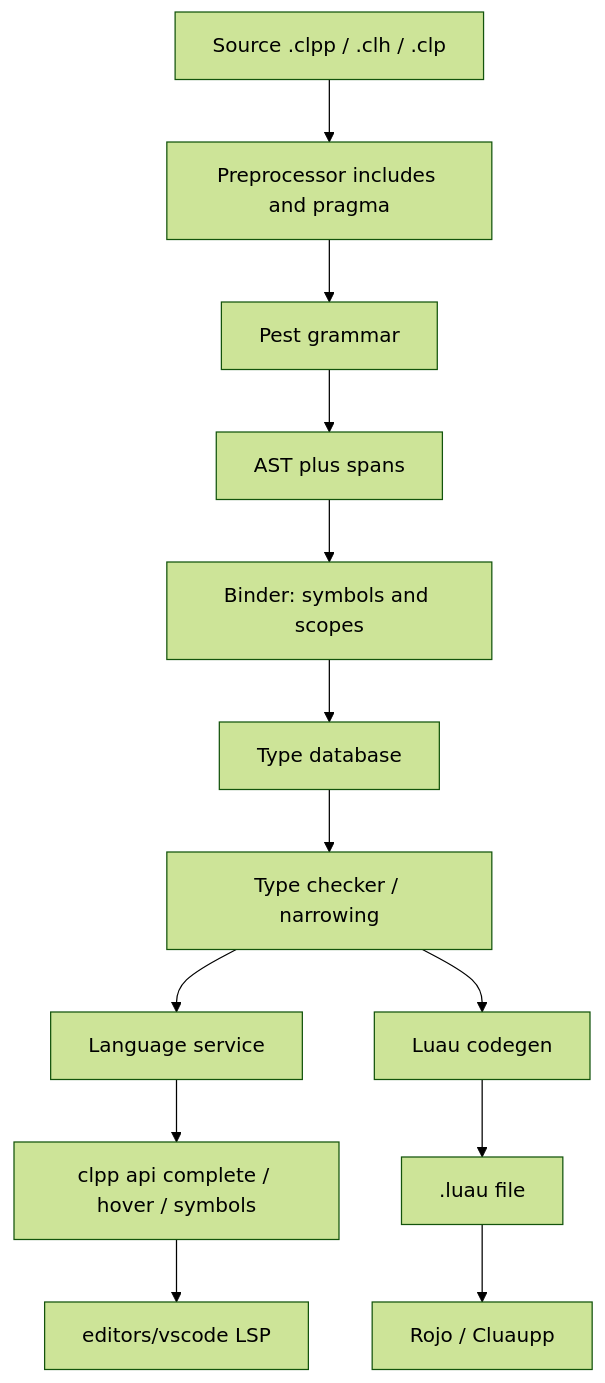
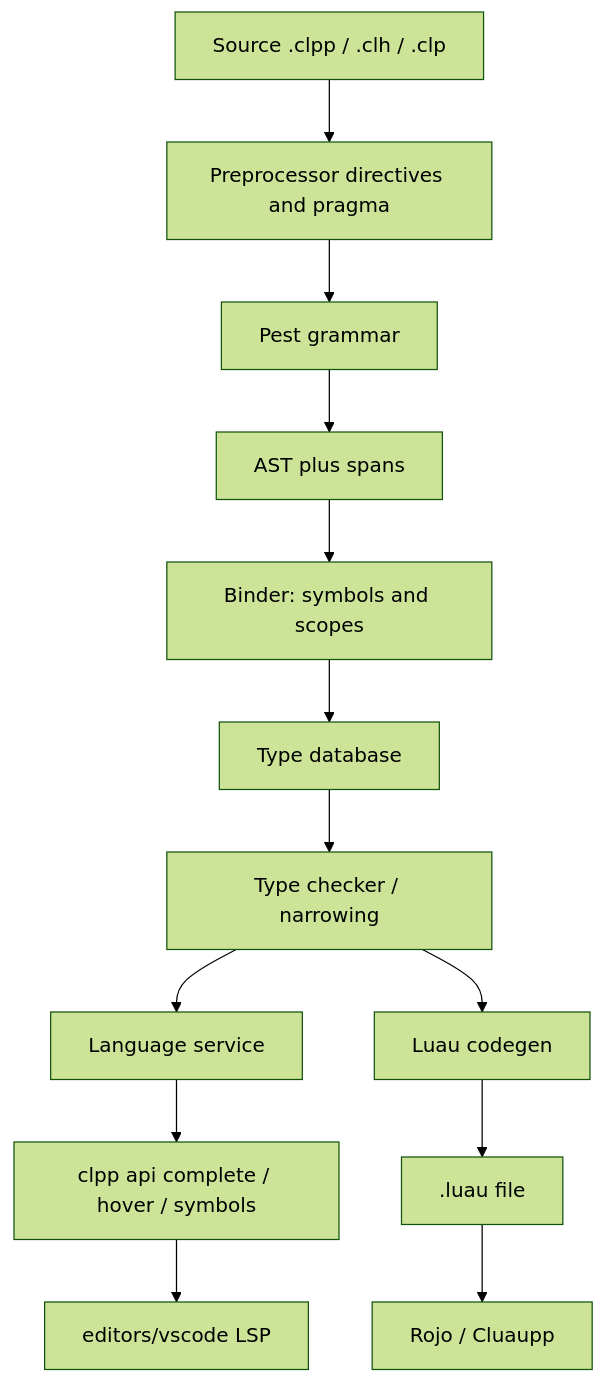
One commit to KartzRbx/CLPP changed the diagram in docs/spec/compiler.md. Above: the diagram before and after it, drawn with Mermaid (forest theme). The commit also changed other lines of this file and 92 other files, not shown here.

````diff
--- a/docs/spec/compiler.md
+++ b/docs/spec/compiler.md
@@ -10,15 +10,15 @@
 ```mermaid
 flowchart TD
-  src["Source .clpp / .clh / .clp"] --> pp["Preprocessor includes and pragma"]
+  src["Source .clpp / .clh / .clp"] --> pp["Preprocessor directives and pragma"]
   pp --> pest["Pest grammar"]
   pest --> ast["AST plus spans"]
   ast --> binder["Binder: symbols and scopes"]
   binder --> types["Type database"]
   types --> checker["Type checker / narrowing"]
   checker --> analysis["Language service"]
   checker --> emit["Luau codegen"]
   emit --> out[".luau file"]
   analysis --> api["clpp api complete / hover / symbols"]
   api --> lsp["editors/vscode LSP"]
   out --> rojo["Rojo / Cluaupp"]
 ```
````
